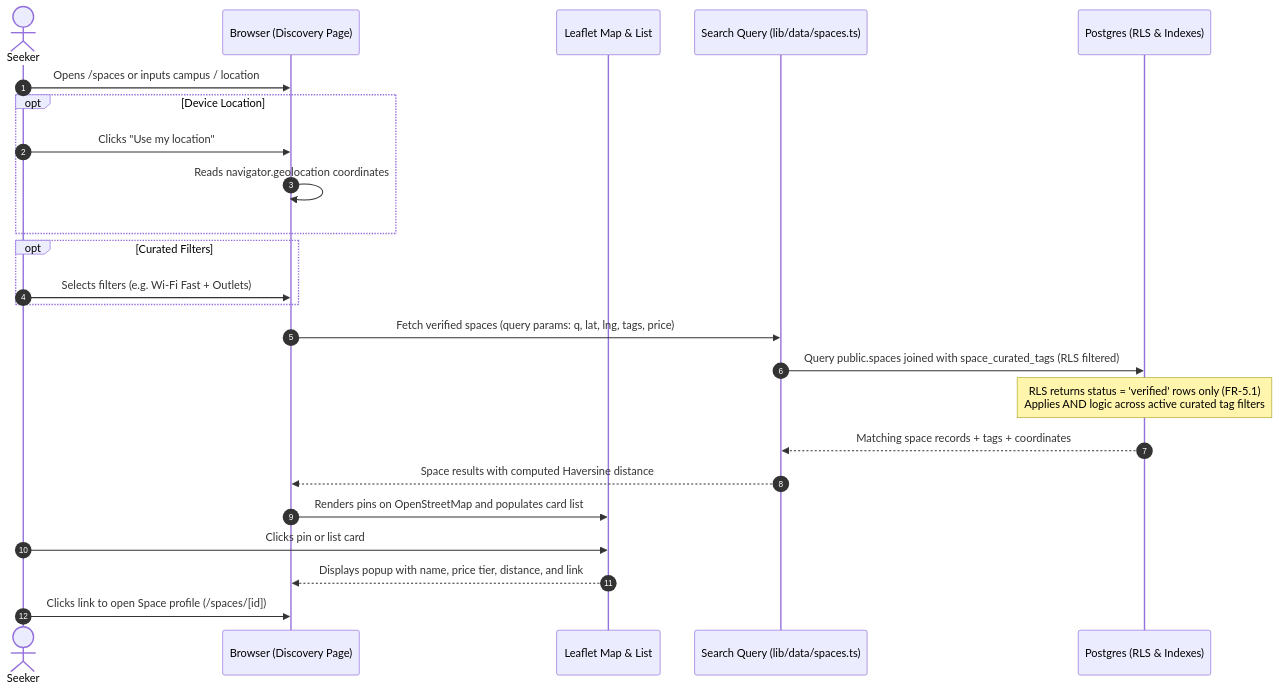
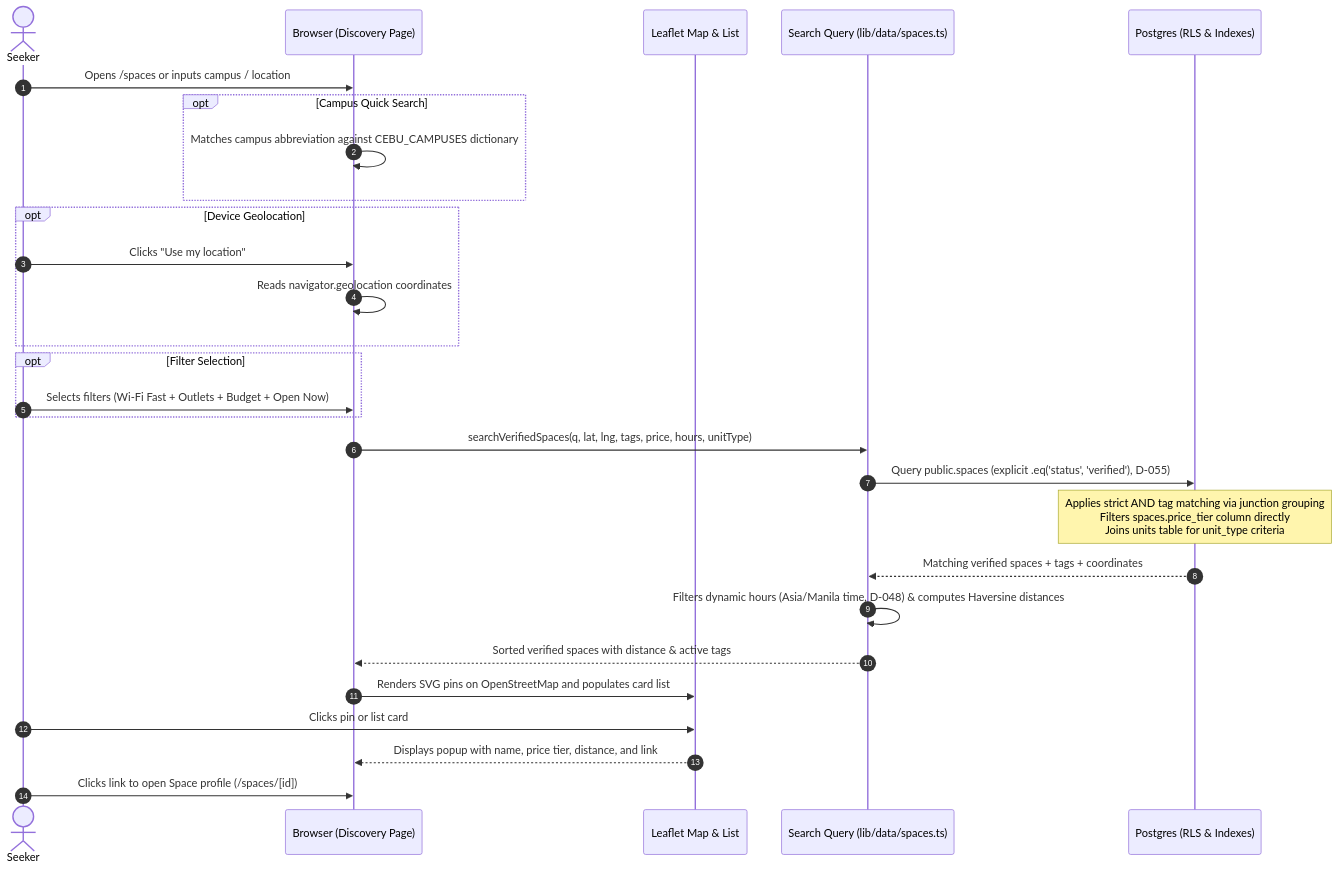
Before and after one commit to dreeyanzz/studyhub: the diagram in docs/design/STORY-08-geo-discovery.md, drawn with Mermaid. The commit also changed other lines of this file, not shown here.

````diff
--- a/docs/design/STORY-08-geo-discovery.md
+++ b/docs/design/STORY-08-geo-discovery.md
@@ -76,27 +93,31 @@
 ```mermaid
 sequenceDiagram
     autonumber
     actor S as Seeker
     participant B as Browser (Discovery Page)
     participant M as Leaflet Map & List
     participant Q as Search Query (lib/data/spaces.ts)
     participant DB as Postgres (RLS & Indexes)
 
     S->>B: Opens /spaces or inputs campus / location
-    opt Device Location
+    opt Campus Quick Search
+        B->>B: Matches campus abbreviation against CEBU_CAMPUSES dictionary
+    end
+    opt Device Geolocation
         S->>B: Clicks "Use my location"
         B->>B: Reads navigator.geolocation coordinates
     end
-    opt Curated Filters
-        S->>B: Selects filters (e.g. Wi-Fi Fast + Outlets)
+    opt Filter Selection
+        S->>B: Selects filters (Wi-Fi Fast + Outlets + Budget + Open Now)
     end
-    B->>Q: Fetch verified spaces (query params: q, lat, lng, tags, price)
-    Q->>DB: Query public.spaces joined with space_curated_tags (RLS filtered)
-    Note over DB: RLS returns status = 'verified' rows only (FR-5.1)<br/>Applies AND logic across active curated tag filters
-    DB-->>Q: Matching space records + tags + coordinates
-    Q-->>B: Space results with computed Haversine distance
-    B->>M: Renders pins on OpenStreetMap and populates card list
+    B->>Q: searchVerifiedSpaces(q, lat, lng, tags, price, hours, unitType)
+    Q->>DB: Query public.spaces (explicit .eq('status', 'verified'), D-055)
+    Note over DB: Applies strict AND tag matching via junction grouping<br/>Filters spaces.price_tier column directly<br/>Joins units table for unit_type criteria
+    DB-->>Q: Matching verified spaces + tags + coordinates
+    Q->>Q: Filters dynamic hours (Asia/Manila time, D-048) & computes Haversine distances
+    Q-->>B: Sorted verified spaces with distance & active tags
+    B->>M: Renders SVG pins on OpenStreetMap and populates card list
     S->>M: Clicks pin or list card
     M-->>B: Displays popup with name, price tier, distance, and link
     S->>B: Clicks link to open Space profile (/spaces/[id])
 ```
````
